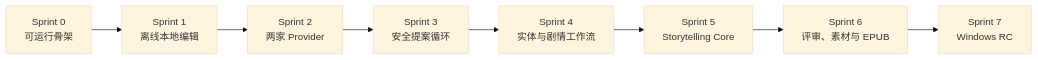
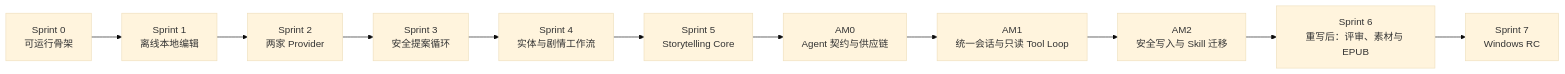
The diagram in docs/sprint-plan.zh-CN.md (Leonherb/NovelGainker), drawn with Mermaid (base theme) before and after one commit. The commit also changed other lines of this file and 151 other files, not shown here.

````diff
--- a/docs/sprint-plan.zh-CN.md
+++ b/docs/sprint-plan.zh-CN.md
@@ -90,10 +94,13 @@
 ```mermaid
 flowchart LR
     S0[Sprint 0<br/>可运行骨架] --> S1[Sprint 1<br/>离线本地编辑]
     S1 --> S2[Sprint 2<br/>两家 Provider]
     S2 --> S3[Sprint 3<br/>安全提案循环]
     S3 --> S4[Sprint 4<br/>实体与剧情工作流]
     S4 --> S5[Sprint 5<br/>Storytelling Core]
-    S5 --> S6[Sprint 6<br/>评审、素材与 EPUB]
+    S5 --> AM0[AM0<br/>Agent 契约与供应链]
+    AM0 --> AM1[AM1<br/>统一会话与只读 Tool Loop]
+    AM1 --> AM2[AM2<br/>安全写入与 Skill 迁移]
+    AM2 --> S6[Sprint 6<br/>重写后：评审、素材与 EPUB]
     S6 --> S7[Sprint 7<br/>Windows RC]
 ```
````
